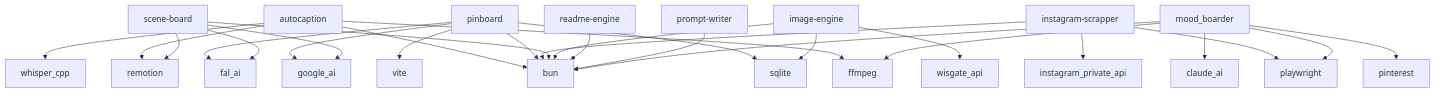
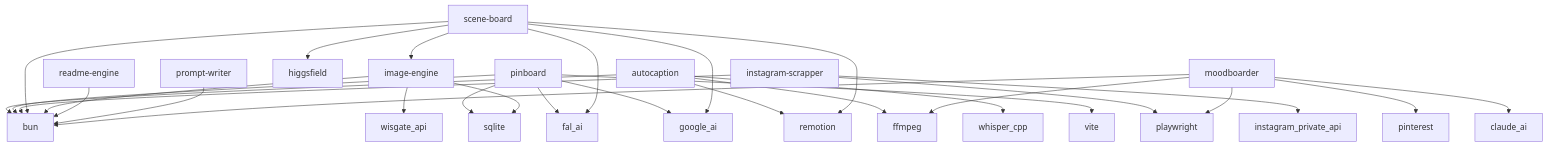
The diagram in README.md (Dragon-hearted/Adcelerate), drawn with Mermaid before and after one commit. The commit also changed other lines of this file and 1 other file, not shown here.

Commit message:
docs(readme): refresh root README (eight systems, MoodBoarder Claude dep) (#16)
* docs(readme): refresh root README — eight systems, MoodBoarder Claude dep, scene-board composite-sheet + higgsfield/image-engine edges

* chore(submodules): bump readme-engine to merged dynamic-count fix (#3)

````diff
--- a/README.md
+++ b/README.md
@@ -53,37 +53,39 @@
 ```mermaid
 graph TD
     autocaption[autocaption]
     autocaption --> bun
     autocaption --> ffmpeg
     autocaption --> whisper_cpp
     autocaption --> remotion
     pinboard[pinboard]
     pinboard --> bun
     pinboard --> sqlite
     pinboard --> google_ai
     pinboard --> vite
     pinboard --> fal_ai
     instagram_scrapper[instagram-scrapper]
     instagram_scrapper --> bun
     instagram_scrapper --> playwright
     instagram_scrapper --> instagram_private_api
     scene_board[scene-board]
     scene_board --> bun
+    scene_board --> higgsfield
+    scene_board --> image_engine
     scene_board --> fal_ai
     scene_board --> google_ai
     scene_board --> remotion
     image_engine[image-engine]
     image_engine --> bun
     image_engine --> wisgate_api
     image_engine --> sqlite
     readme_engine[readme-engine]
     readme_engine --> bun
     prompt_writer[prompt-writer]
     prompt_writer --> bun
-    mood_boarder[mood_boarder]
-    mood_boarder --> bun
-    mood_boarder --> ffmpeg
-    mood_boarder --> playwright
-    mood_boarder --> pinterest
-    mood_boarder --> claude_ai
+    moodboarder[moodboarder]
+    moodboarder --> bun
+    moodboarder --> ffmpeg
+    moodboarder --> playwright
+    moodboarder --> pinterest
+    moodboarder --> claude_ai
 ```
````
